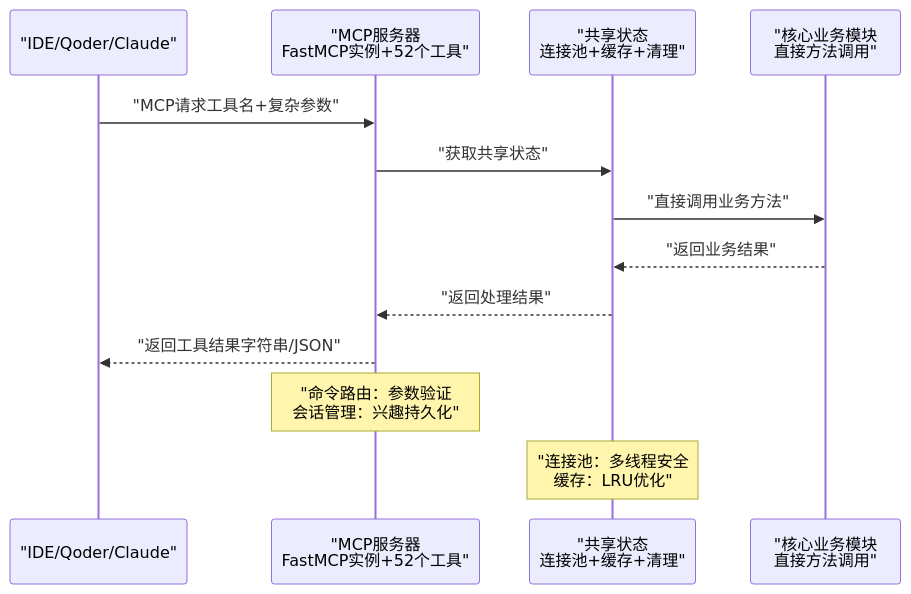
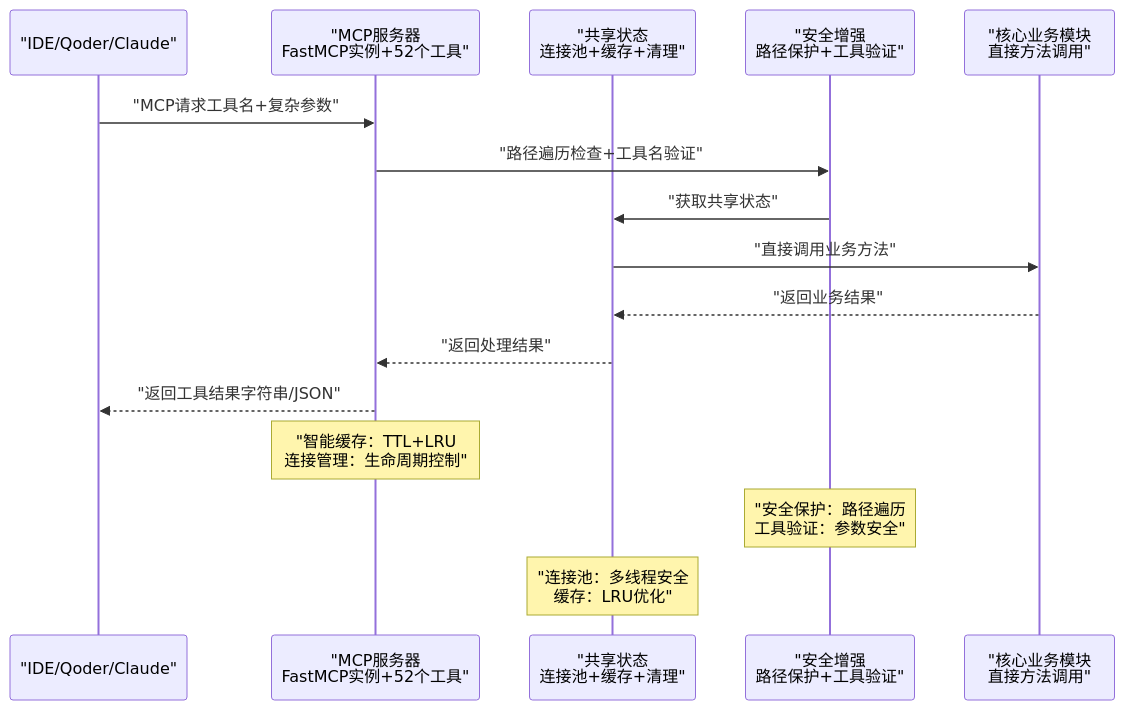
Before and after one commit to 1173591564/academic-based-qoder: the second of 8 diagrams in .qoder/repowiki/zh/content/MCP服务系统/MCP服务器架构.md, drawn with Mermaid. The commit also changed other lines of this file and 110 other files, not shown here.

````diff
--- a/.qoder/repowiki/zh/content/MCP服务系统/MCP服务器架构.md
+++ b/.qoder/repowiki/zh/content/MCP服务系统/MCP服务器架构.md
@@ -151,15 +148,18 @@
 ```mermaid
 sequenceDiagram
 participant IDE as "IDE/Qoder/Claude"
 participant MCP as "MCP服务器<br/>FastMCP实例+52个工具"
 participant State as "共享状态<br/>连接池+缓存+清理"
+participant Security as "安全增强<br/>路径保护+工具验证"
 participant Core as "核心业务模块<br/>直接方法调用"
 IDE->>MCP : "MCP请求工具名+复杂参数"
-MCP->>State : "获取共享状态"
+MCP->>Security : "路径遍历检查+工具名验证"
+Security->>State : "获取共享状态"
 State->>Core : "直接调用业务方法"
 Core-->>State : "返回业务结果"
 State-->>MCP : "返回处理结果"
 MCP-->>IDE : "返回工具结果字符串/JSON"
-Note over MCP : "命令路由：参数验证<br/>会话管理：兴趣持久化"
+Note over MCP : "智能缓存：TTL+LRU<br/>连接管理：生命周期控制"
+Note over Security : "安全保护：路径遍历<br/>工具验证：参数安全"
 Note over State : "连接池：多线程安全<br/>缓存：LRU优化"
 ```
````
